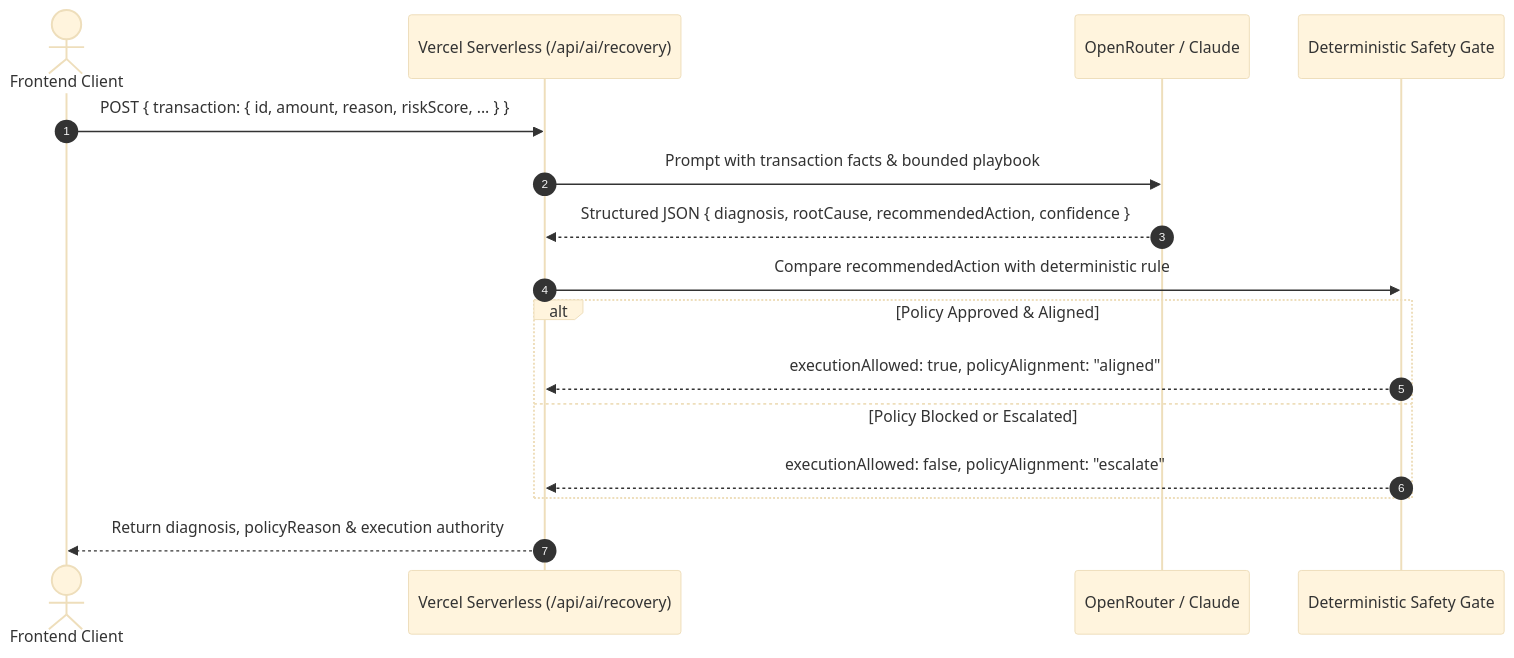
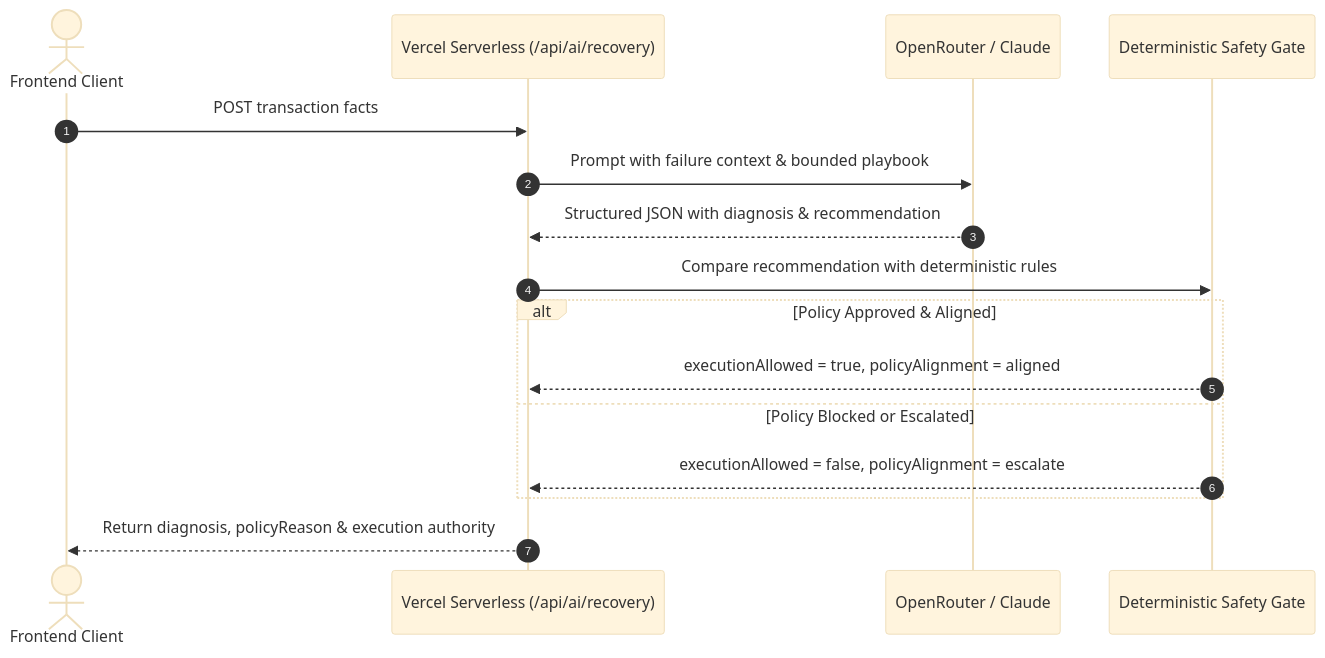
Before and after one commit to Lokeshwar2005/razorrecover-ai: the second of 6 diagrams in README.md, drawn with Mermaid (base theme). The commit also changed other lines of this file, not shown here.

Commit message:
docs: fix Mermaid syntax quotes for GitHub rich display rendering

````diff
--- a/README.md
+++ b/README.md
@@ -133,19 +133,19 @@
 ```mermaid
 sequenceDiagram
     autonumber
     actor Client as Frontend Client
     participant Vercel as Vercel Serverless (/api/ai/recovery)
     participant LLM as OpenRouter / Claude
     participant Policy as Deterministic Safety Gate
 
-    Client->>Vercel: POST { transaction: { id, amount, reason, riskScore, ... } }
-    Vercel->>LLM: Prompt with transaction facts & bounded playbook
-    LLM-->>Vercel: Structured JSON { diagnosis, rootCause, recommendedAction, confidence }
-    Vercel->>Policy: Compare recommendedAction with deterministic rule
+    Client->>Vercel: POST transaction facts
+    Vercel->>LLM: Prompt with failure context & bounded playbook
+    LLM-->>Vercel: Structured JSON with diagnosis & recommendation
+    Vercel->>Policy: Compare recommendation with deterministic rules
     alt Policy Approved & Aligned
-        Policy-->>Vercel: executionAllowed: true, policyAlignment: "aligned"
+        Policy-->>Vercel: executionAllowed = true, policyAlignment = aligned
     else Policy Blocked or Escalated
-        Policy-->>Vercel: executionAllowed: false, policyAlignment: "escalate"
+        Policy-->>Vercel: executionAllowed = false, policyAlignment = escalate
     end
     Vercel-->>Client: Return diagnosis, policyReason & execution authority
 ```
````
